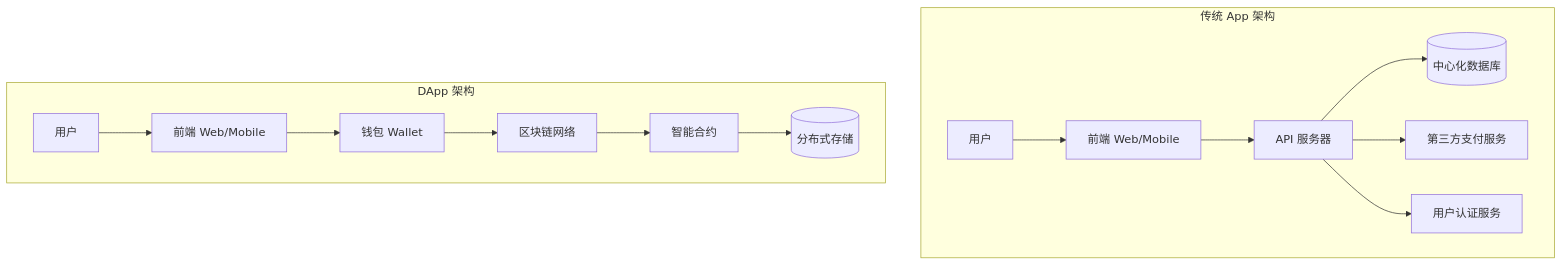
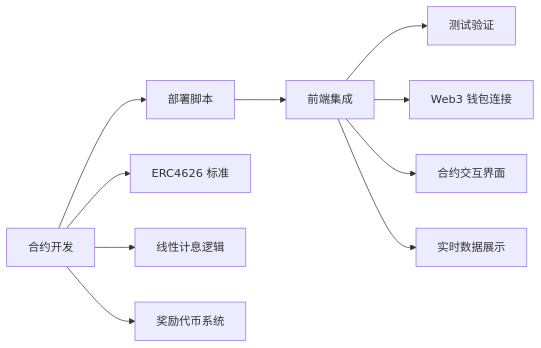
Before and after one commit to RohithVetri/defi-fixed-yield-course: the second of 2 diagrams in docs/lessons/01-intro.md, drawn with Mermaid. The commit also changed other lines of this file and 1 other file, not shown here.

````diff
--- a/docs/lessons/01-intro.md
+++ b/docs/lessons/01-intro.md
@@ -11,18 +48,14 @@
 ```mermaid
-graph TB
-    subgraph "传统 App 架构"
-        U1[用户] --> F1[前端 Web/Mobile]
-        F1 --> A1[API 服务器]
-        A1 --> DB1[(中心化数据库)]
-        A1 --> PS1[第三方支付服务]
-        A1 --> AU1[用户认证服务]
-    end
+graph LR
+    A[合约开发] --> B[部署脚本]
+    B --> C[前端集成]
+    C --> D[测试验证]
     
-    subgraph "DApp 架构"
-        U2[用户] --> F2[前端 Web/Mobile]
-        F2 --> W[钱包 Wallet]
-        W --> B[区块链网络]
-        B --> SC[智能合约]
-        SC --> DS[(分布式存储)]
-    end
+    A --> A1[ERC4626 标准]
+    A --> A2[线性计息逻辑]
+    A --> A3[奖励代币系统]
+    
+    C --> C1[Web3 钱包连接]
+    C --> C2[合约交互界面]
+    C --> C3[实时数据展示]
 ```
````
